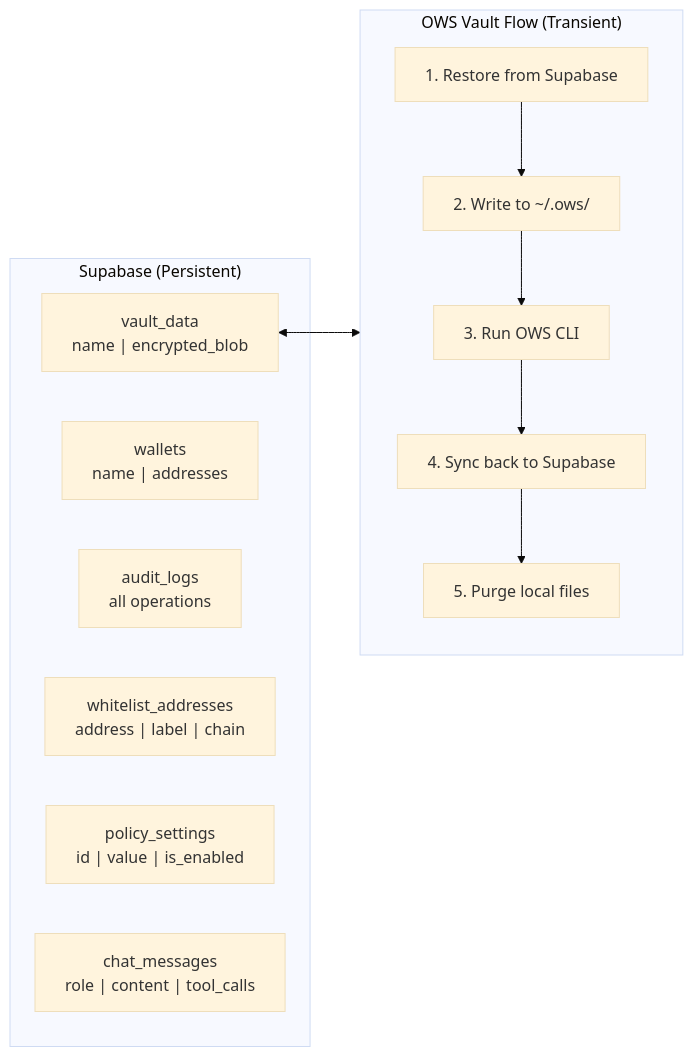
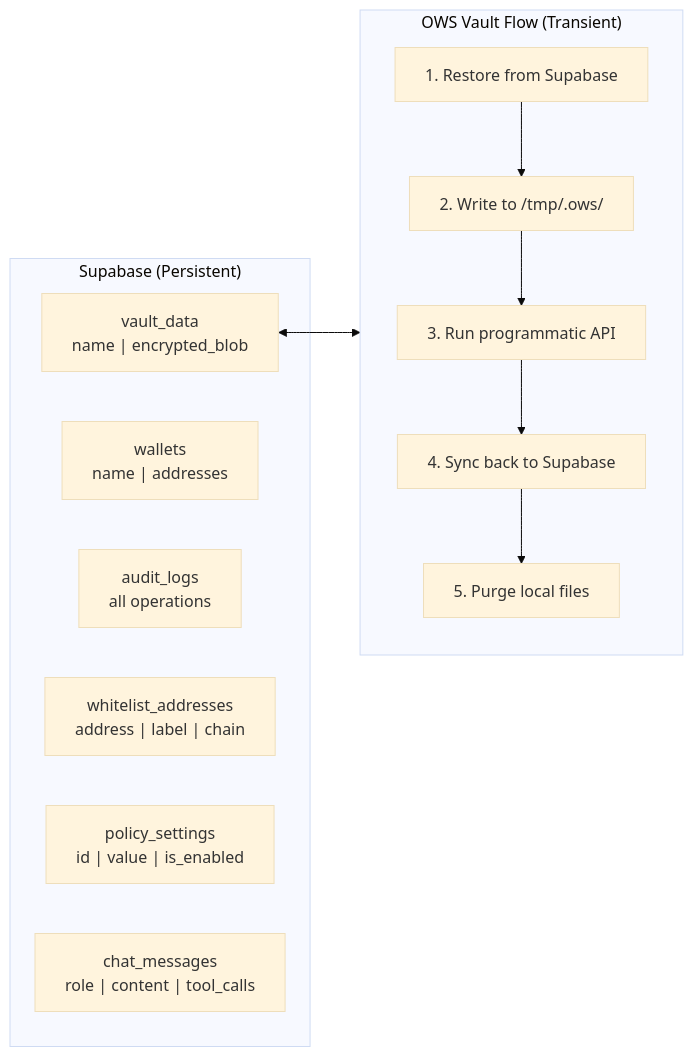
Before and after one commit to dnebayis/OWSTreasury: the third of 3 diagrams in IMPLEMENTATION_SUMMARY.md, drawn with Mermaid (base theme). The commit also changed other lines of this file and 2 other files, not shown here.

````diff
--- a/IMPLEMENTATION_SUMMARY.md
+++ b/IMPLEMENTATION_SUMMARY.md
@@ -78,21 +84,21 @@
 ```mermaid
 flowchart LR
     subgraph Supabase["Supabase (Persistent)"]
         VD["vault_data\nname | encrypted_blob"]
         WA["wallets\nname | addresses"]
         AL["audit_logs\nall operations"]
         WL["whitelist_addresses\naddress | label | chain"]
         PS["policy_settings\nid | value | is_enabled"]
         CM["chat_messages\nrole | content | tool_calls"]
     end
 
     subgraph OWSFlow["OWS Vault Flow (Transient)"]
         direction TB
-        S1["1. Restore from Supabase"] --> S2["2. Write to ~/.ows/"]
-        S2 --> S3["3. Run OWS CLI"]
+        S1["1. Restore from Supabase"] --> S2["2. Write to /tmp/.ows/"]
+        S2 --> S3["3. Run programmatic API"]
         S3 --> S4["4. Sync back to Supabase"]
         S4 --> S5["5. Purge local files"]
     end
 
     VD <--> OWSFlow
 ```
````
